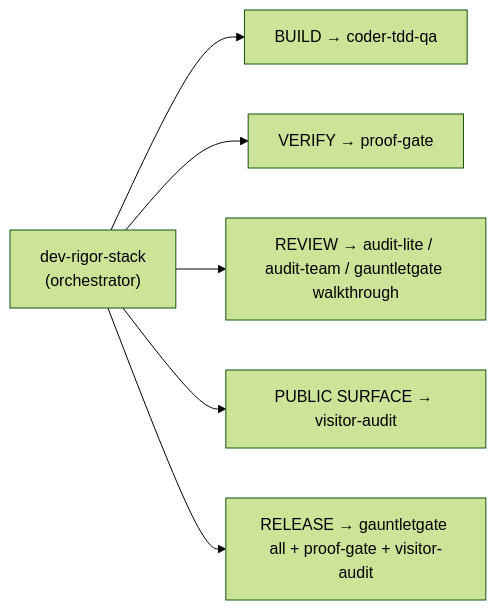
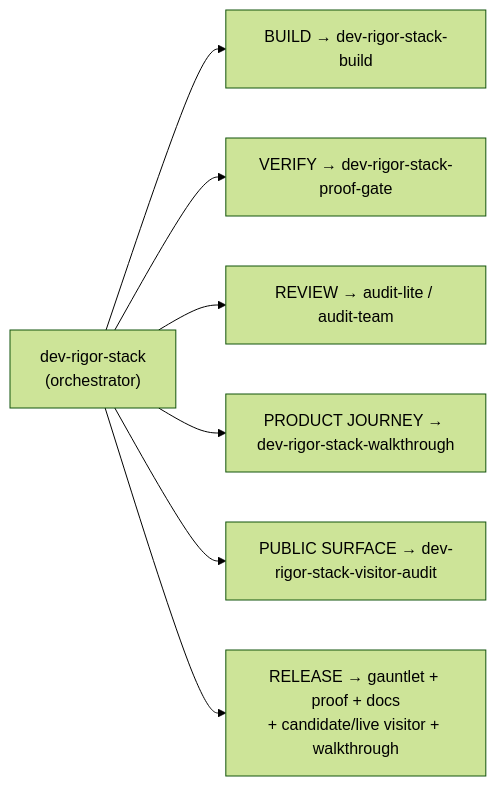
The second of 3 diagrams in docs/ARCHITECTURE.md (scottconverse/codex-dev-rigor-stack), drawn with Mermaid (forest theme) before and after one commit. The commit also changed other lines of this file and 35 other files, not shown here.

First line of the commit message:
Strengthen Codex rigor stack 1.0 (#1)

````diff
--- a/docs/ARCHITECTURE.md
+++ b/docs/ARCHITECTURE.md
@@ -57,9 +58,10 @@
 ```mermaid
 flowchart LR
     DRS["dev-rigor-stack<br/>(orchestrator)"]
-    DRS --> B2["BUILD → coder-tdd-qa"]
-    DRS --> V2["VERIFY → proof-gate"]
-    DRS --> R2["REVIEW → audit-lite / audit-team / gauntletgate walkthrough"]
-    DRS --> P2["PUBLIC SURFACE → visitor-audit"]
-    DRS --> G2["RELEASE → gauntletgate all + proof-gate + visitor-audit"]
+    DRS --> B2["BUILD → dev-rigor-stack-build"]
+    DRS --> V2["VERIFY → dev-rigor-stack-proof-gate"]
+    DRS --> R2["REVIEW → audit-lite / audit-team"]
+    DRS --> W2["PRODUCT JOURNEY → dev-rigor-stack-walkthrough"]
+    DRS --> P2["PUBLIC SURFACE → dev-rigor-stack-visitor-audit"]
+    DRS --> G2["RELEASE → gauntlet + proof + docs<br/>+ candidate/live visitor + walkthrough"]
 ```
````
